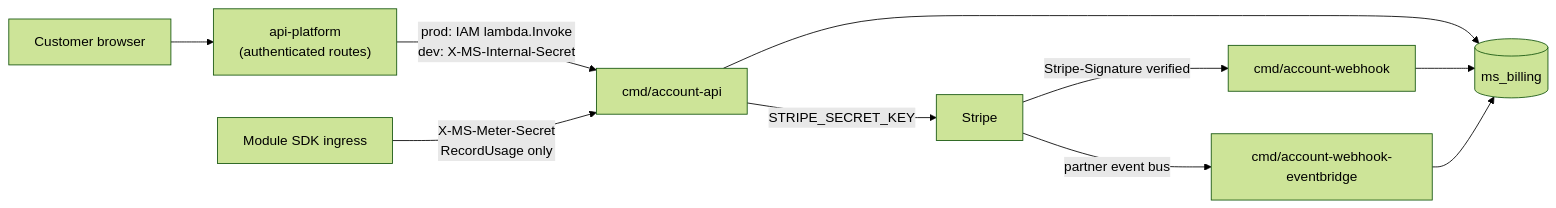
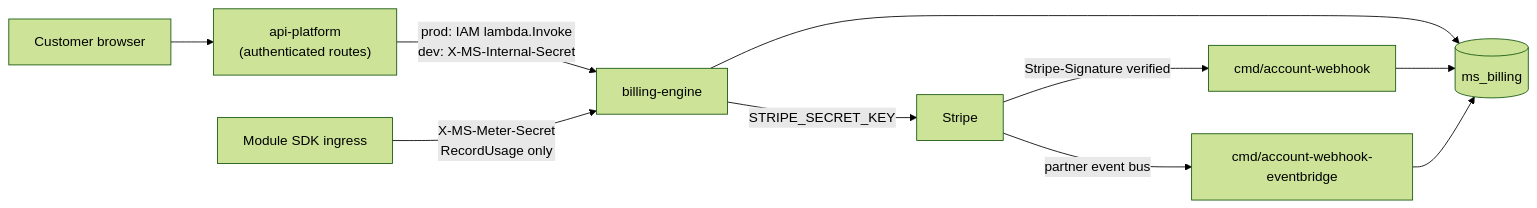
Before and after one commit to mirrorstack-ai/billing-engine: the first of 6 diagrams in README.md, drawn with Mermaid (forest theme). The commit also changed other lines of this file and 1 other file, not shown here.

````diff
--- a/README.md
+++ b/README.md
@@ -56,12 +56,12 @@
 ```mermaid
 flowchart LR
     Browser["Customer browser"] --> AP["api-platform<br/>(authenticated routes)"]
-    AP -->|"prod: IAM lambda.Invoke<br/>dev: X-MS-Internal-Secret"| API["cmd/account-api"]
+    AP -->|"prod: IAM lambda.Invoke<br/>dev: X-MS-Internal-Secret"| API["billing-engine"]
     SDK["Module SDK ingress"] -->|"X-MS-Meter-Secret<br/>RecordUsage only"| API
     Stripe["Stripe"] -->|"Stripe-Signature verified"| WH["cmd/account-webhook"]
     Stripe -->|"partner event bus"| EB["cmd/account-webhook-eventbridge"]
     API --> DB[("ms_billing")]
     WH --> DB
     EB --> DB
     API -->|"STRIPE_SECRET_KEY"| Stripe
 ```
````
